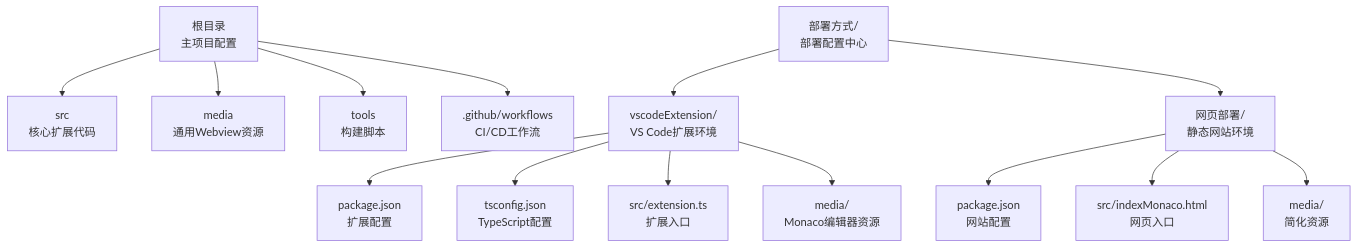
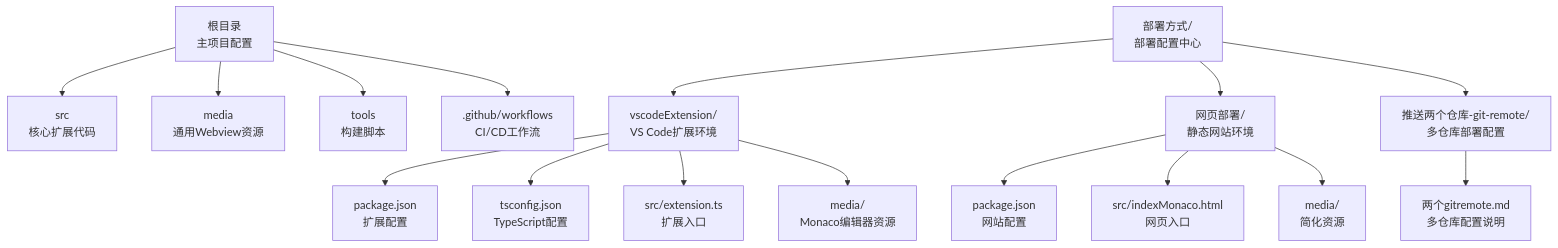
The first of 6 diagrams in .qoder/repowiki/zh/content/开发者指南/构建和部署.md (meiok1/wysjson), drawn with Mermaid before and after one commit. The commit also changed other lines of this file and 58 other files, not shown here.

````diff
--- a/.qoder/repowiki/zh/content/开发者指南/构建和部署.md
+++ b/.qoder/repowiki/zh/content/开发者指南/构建和部署.md
@@ -78,16 +82,18 @@
 ```mermaid
 graph TB
 A["根目录<br/>主项目配置"] --> B["src<br/>核心扩展代码"]
 A --> C["media<br/>通用Webview资源"]
 A --> D["tools<br/>构建脚本"]
 A --> E[".github/workflows<br/>CI/CD工作流"]
 F["部署方式/<br/>部署配置中心"] --> G["vscodeExtension/<br/>VS Code扩展环境"]
 F --> H["网页部署/<br/>静态网站环境"]
-G --> I["package.json<br/>扩展配置"]
-G --> J["tsconfig.json<br/>TypeScript配置"]
-G --> K["src/extension.ts<br/>扩展入口"]
-G --> L["media/<br/>Monaco编辑器资源"]
-H --> M["package.json<br/>网站配置"]
-H --> N["src/indexMonaco.html<br/>网页入口"]
-H --> O["media/<br/>简化资源"]
+F --> I["推送两个仓库-git-remote/<br/>多仓库部署配置"]
+G --> J["package.json<br/>扩展配置"]
+G --> K["tsconfig.json<br/>TypeScript配置"]
+G --> L["src/extension.ts<br/>扩展入口"]
+G --> M["media/<br/>Monaco编辑器资源"]
+H --> N["package.json<br/>网站配置"]
+H --> O["src/indexMonaco.html<br/>网页入口"]
+H --> P["media/<br/>简化资源"]
+I --> Q["两个gitremote.md<br/>多仓库配置说明"]
 ```
````
